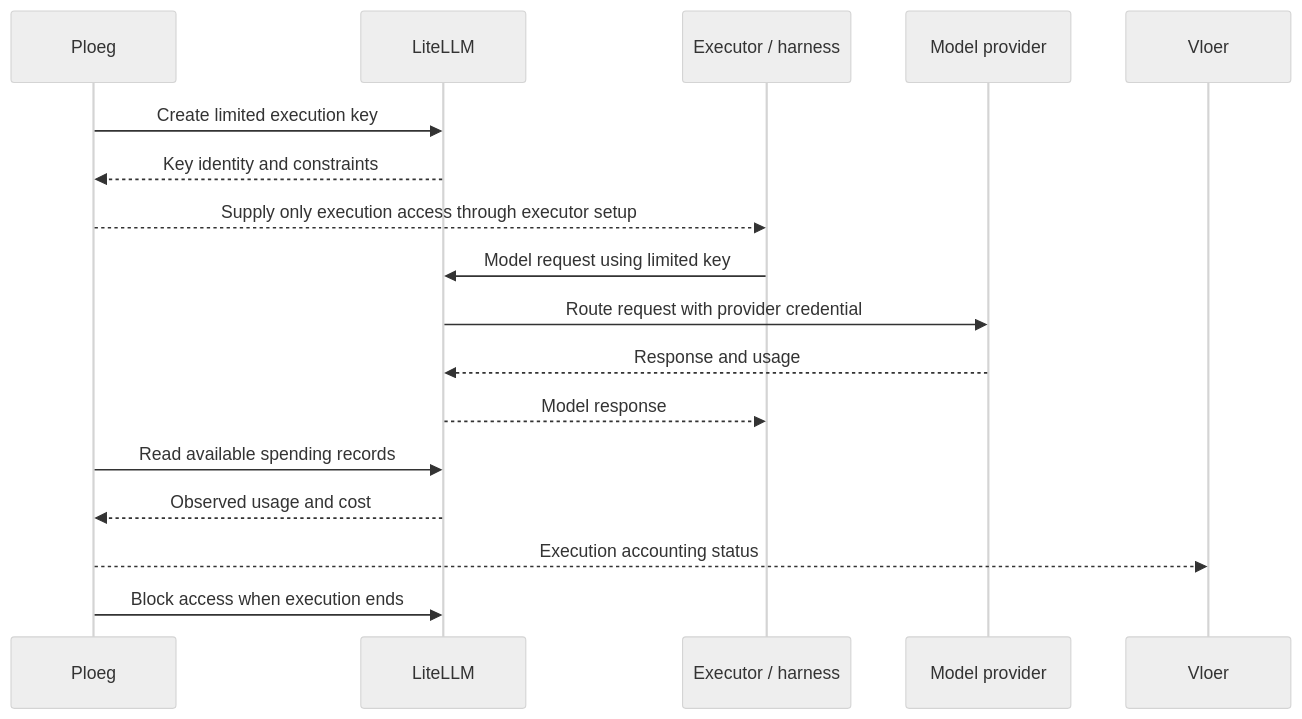
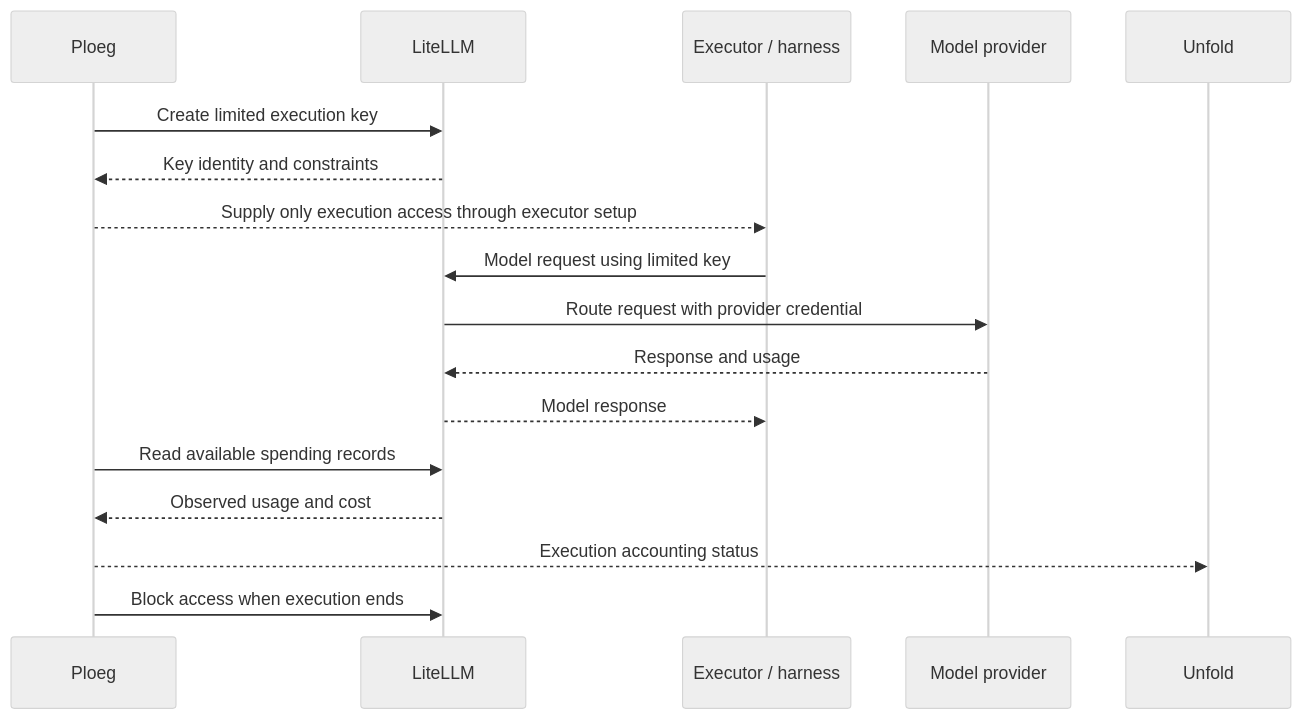
One commit to webgrip/unfold changed the tenth of 14 diagrams in docs/landscape/c4.md. Above: the diagram before and after it, drawn with Mermaid (neutral theme). The commit also changed other lines of this file and 1136 other files, not shown here.

````diff
--- a/docs/landscape/c4.md
+++ b/docs/landscape/c4.md
@@ -265,19 +265,19 @@
 ```mermaid
 sequenceDiagram
     participant P as Ploeg
     participant L as LiteLLM
     participant E as Executor / harness
     participant M as Model provider
-    participant V as Vloer
+    participant V as Unfold
     P->>L: Create limited execution key
     L-->>P: Key identity and constraints
     P-->>E: Supply only execution access through executor setup
     E->>L: Model request using limited key
     L->>M: Route request with provider credential
     M-->>L: Response and usage
     L-->>E: Model response
     P->>L: Read available spending records
     L-->>P: Observed usage and cost
     P-->>V: Execution accounting status
     P->>L: Block access when execution ends
 ```
````
